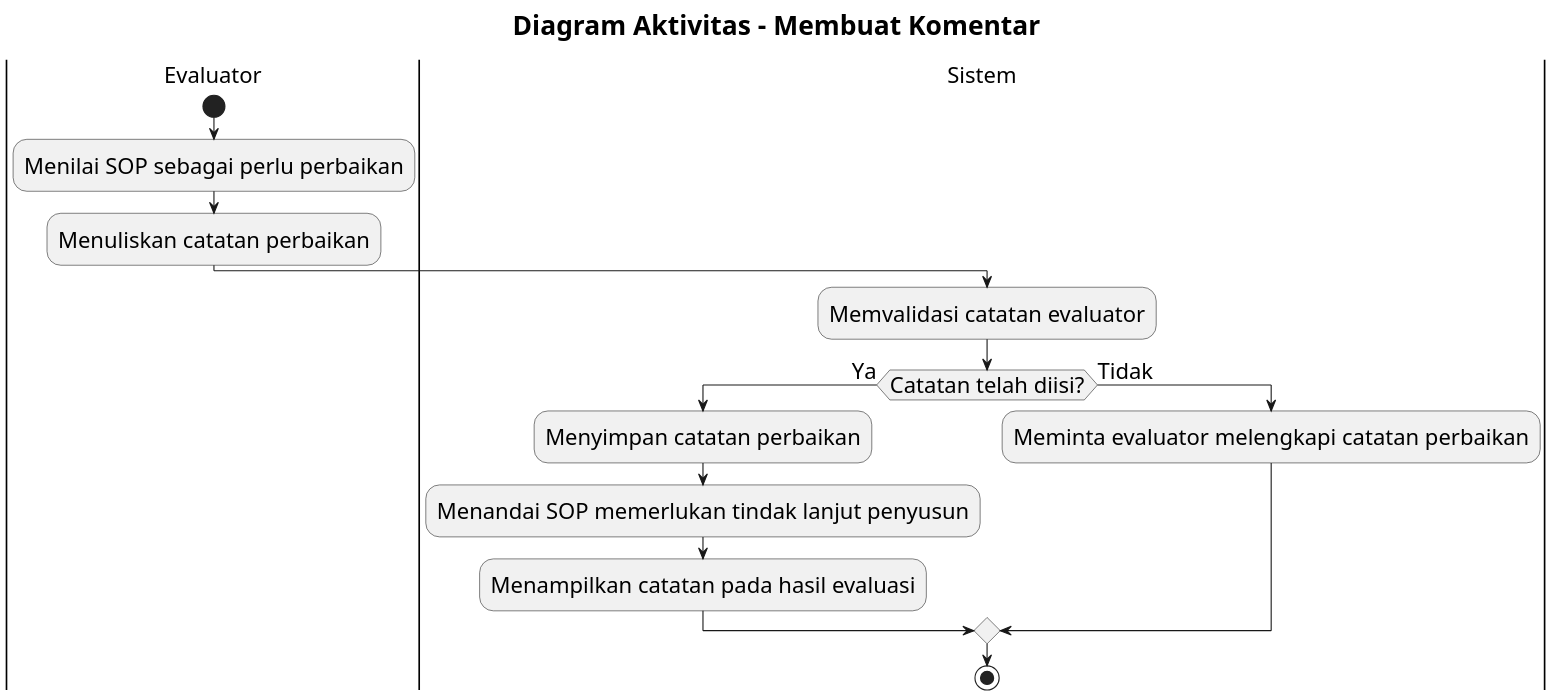
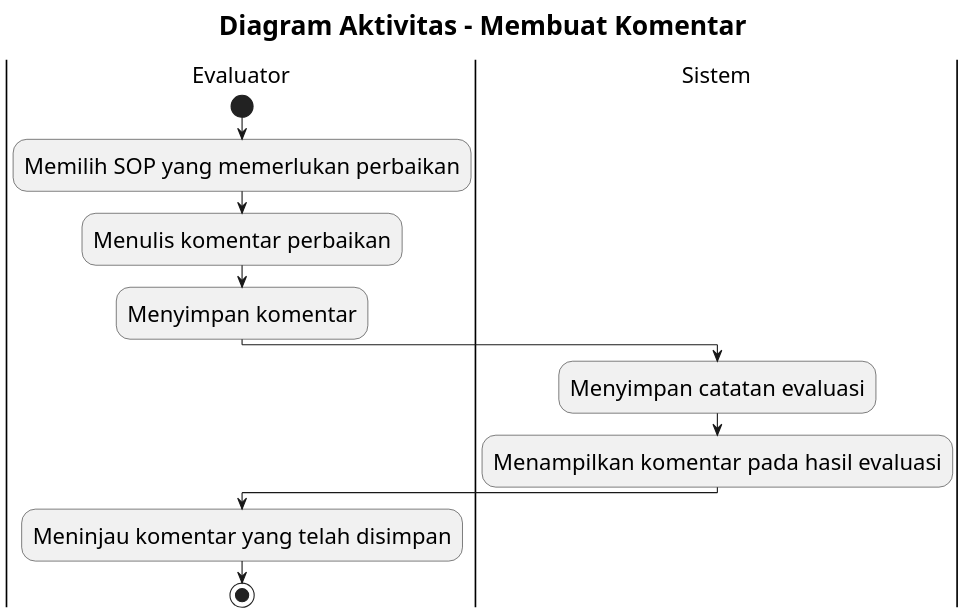
One commit to howlil/sop-generate-app changed the diagram in docs/activity-diagram/lampiran/evaluator-membuat-komentar.md. Above: the diagram before and after it, drawn with PlantUML. The commit also changed other lines of this file and 20 other files, not shown here.

Commit message:
docs(activity): simplify flows to business-level design

````diff
--- a/docs/activity-diagram/lampiran/evaluator-membuat-komentar.md
+++ b/docs/activity-diagram/lampiran/evaluator-membuat-komentar.md
@@ -16,28 +16,25 @@
 ```plantuml
 @startuml
 skinparam defaultFontSize 20
 skinparam titleFontSize 24
 skinparam dpi 160
 
 title Diagram Aktivitas - Membuat Komentar
 
 |Evaluator|
 start
-:Menilai SOP sebagai perlu perbaikan;
-:Menuliskan catatan perbaikan;
+:Memilih SOP yang memerlukan perbaikan;
+:Menulis komentar perbaikan;
+:Menyimpan komentar;
 
 |Sistem|
-:Memvalidasi catatan evaluator;
+:Menyimpan catatan evaluasi;
+:Menampilkan komentar pada hasil evaluasi;
 
-if (Catatan telah diisi?) then (Ya)
-  :Menyimpan catatan perbaikan;
-  :Menandai SOP memerlukan tindak lanjut penyusun;
-  :Menampilkan catatan pada hasil evaluasi;
-else (Tidak)
-  :Meminta evaluator melengkapi catatan perbaikan;
-endif
+|Evaluator|
+:Meninjau komentar yang telah disimpan;
 
 stop
 
 @enduml
 ```
````
